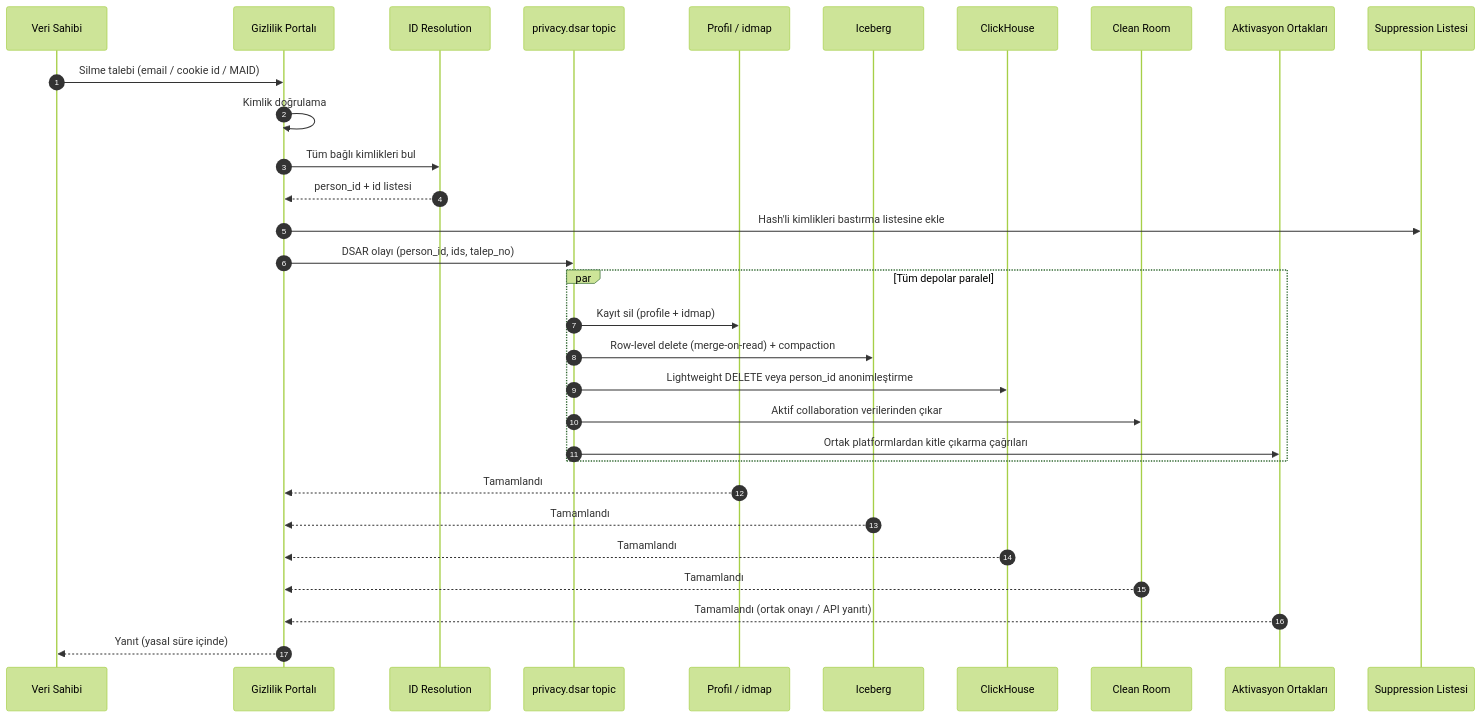
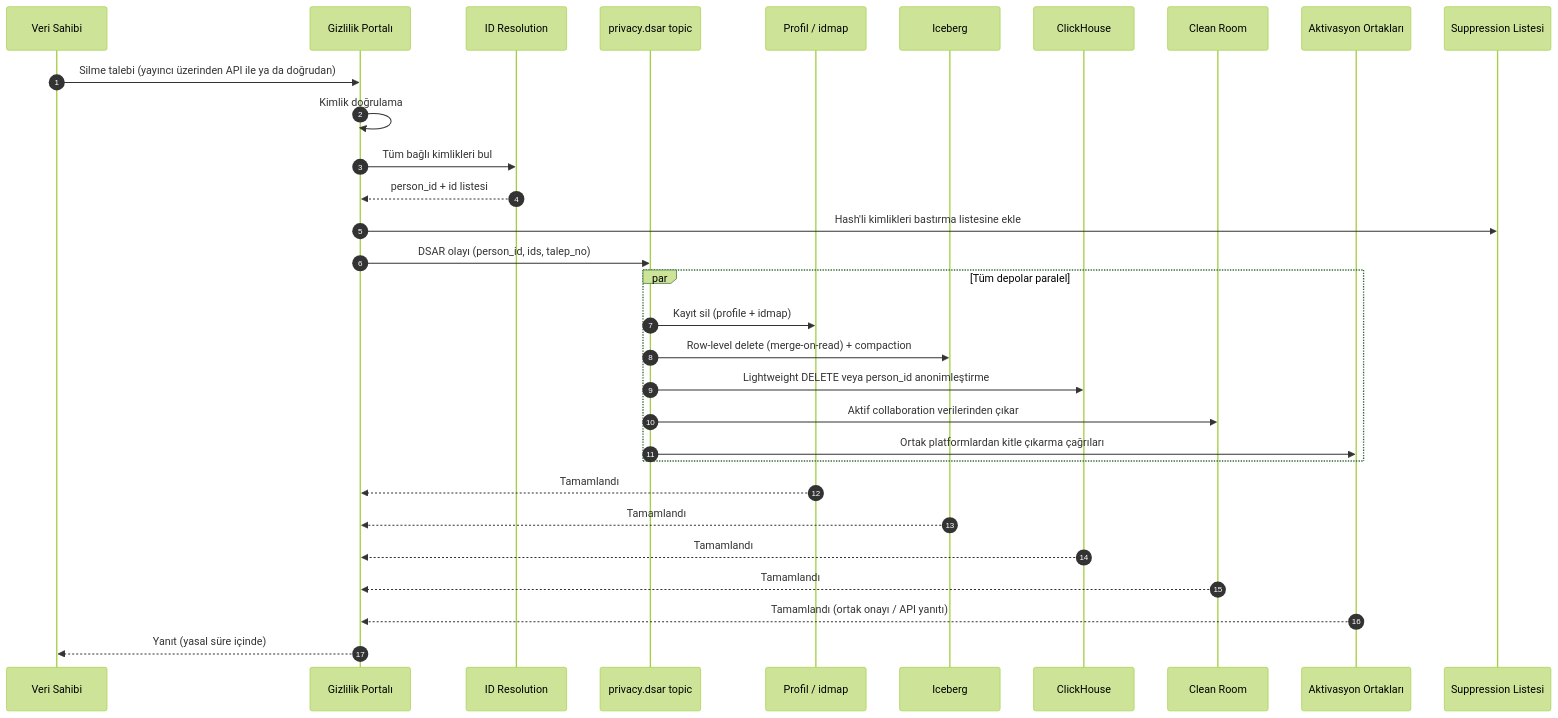
One commit to ugrs2/ugrs2 changed the second of 2 diagrams in docs/adtech-platform/07-gizlilik-ve-uyum.md. Above: the diagram before and after it, drawn with Mermaid (forest theme). The commit also changed other lines of this file and 10 other files, not shown here.

````diff
--- a/docs/adtech-platform/07-gizlilik-ve-uyum.md
+++ b/docs/adtech-platform/07-gizlilik-ve-uyum.md
@@ -47,34 +84,34 @@
 ```mermaid
 sequenceDiagram
     autonumber
     participant U as Veri Sahibi
     participant P as Gizlilik Portalı
     participant ID as ID Resolution
     participant K as privacy.dsar topic
     participant AE as Profil / idmap
     participant ICE as Iceberg
     participant CH as ClickHouse
     participant DCR as Clean Room
     participant EXT as Aktivasyon Ortakları
     participant SUP as Suppression Listesi
 
-    U->>P: Silme talebi (email / cookie id / MAID)
+    U->>P: Silme talebi (yayıncı üzerinden API ile ya da doğrudan)
     P->>P: Kimlik doğrulama
     P->>ID: Tüm bağlı kimlikleri bul
     ID-->>P: person_id + id listesi
     P->>SUP: Hash'li kimlikleri bastırma listesine ekle
     P->>K: DSAR olayı (person_id, ids, talep_no)
     par Tüm depolar paralel
         K->>AE: Kayıt sil (profile + idmap)
         K->>ICE: Row-level delete (merge-on-read) + compaction
         K->>CH: Lightweight DELETE veya person_id anonimleştirme
         K->>DCR: Aktif collaboration verilerinden çıkar
         K->>EXT: Ortak platformlardan kitle çıkarma çağrıları
     end
     AE-->>P: Tamamlandı
     ICE-->>P: Tamamlandı
     CH-->>P: Tamamlandı
     DCR-->>P: Tamamlandı
     EXT-->>P: Tamamlandı (ortak onayı / API yanıtı)
     P-->>U: Yanıt (yasal süre içinde)
 ```
````
